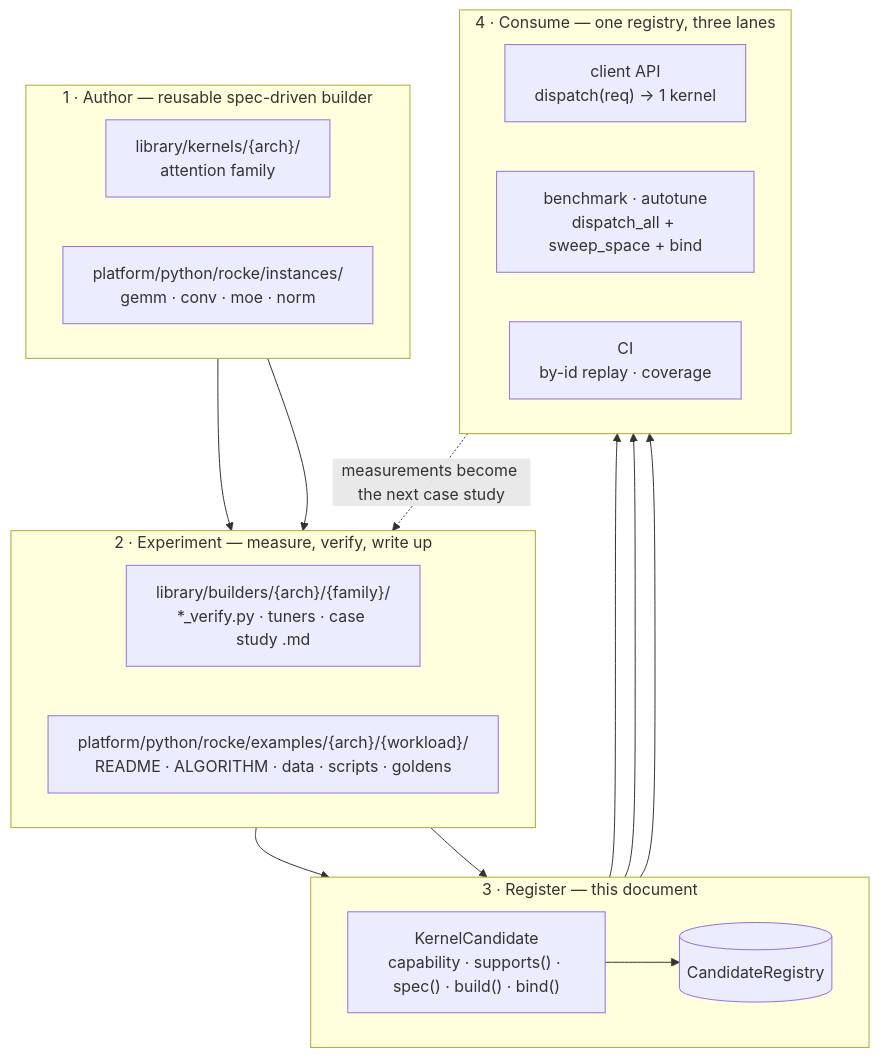
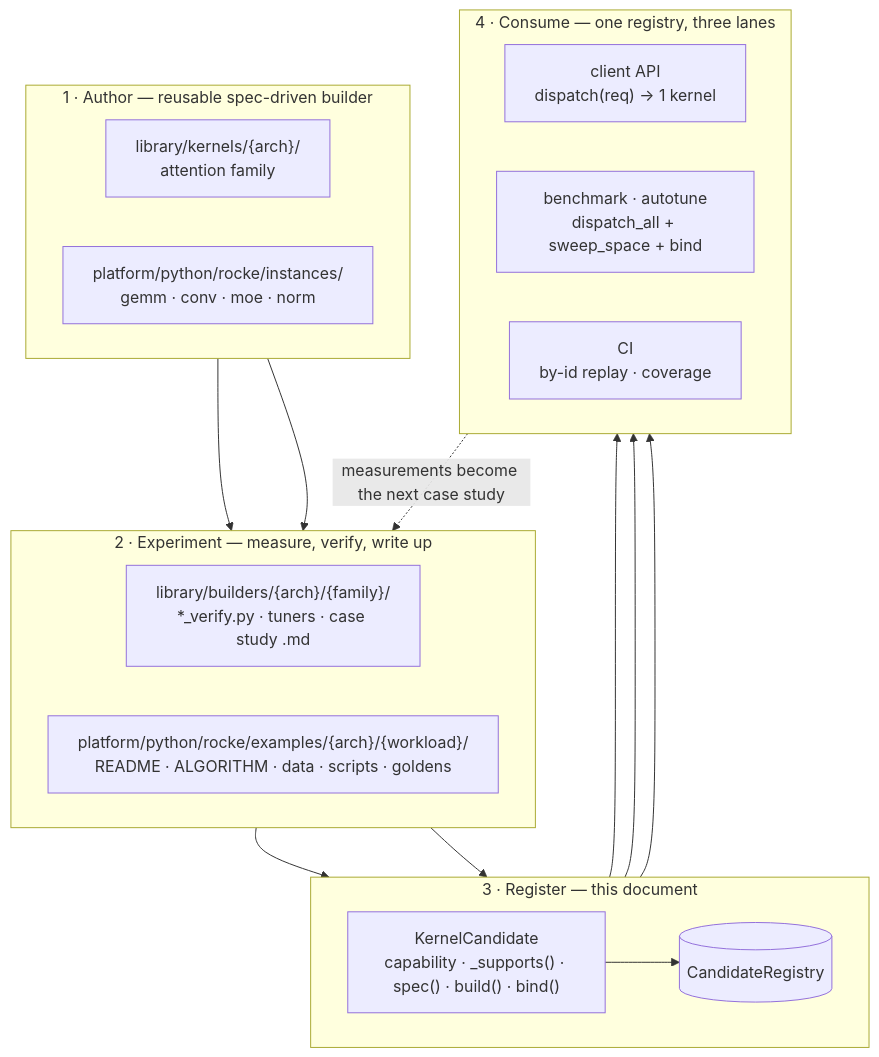
One commit to ROCm/rocm-libraries changed the diagram in dnn-providers/hip-kernel-provider/rocke/platform/python/rocke/dispatch/ARCHITECTURE.md. Above: the diagram before and after it, drawn with Mermaid. The commit also changed other lines of this file and 21 other files, not shown here.

````diff
--- a/dnn-providers/hip-kernel-provider/rocke/platform/python/rocke/dispatch/ARCHITECTURE.md
+++ b/dnn-providers/hip-kernel-provider/rocke/platform/python/rocke/dispatch/ARCHITECTURE.md
@@ -37,37 +125,37 @@
 ```mermaid
 flowchart TD
     subgraph S1["1 · Author — reusable spec-driven builder"]
         direction LR
         A1["library/kernels/{arch}/<br/>attention family"]
         A2["platform/python/rocke/instances/<br/>gemm · conv · moe · norm"]
     end
 
     subgraph S2["2 · Experiment — measure, verify, write up"]
         direction LR
         E1["library/builders/{arch}/{family}/<br/>*_verify.py · tuners · case study .md"]
         E2["platform/python/rocke/examples/{arch}/{workload}/<br/>README · ALGORITHM · data · scripts · goldens"]
     end
 
     subgraph S3["3 · Register — this document"]
         direction LR
-        R1["KernelCandidate<br/>capability · supports() · spec() · build() · bind()"]
+        R1["KernelCandidate<br/>capability · _supports() · spec() · build() · bind()"]
         R2[("CandidateRegistry")]
     end
 
     subgraph S4["4 · Consume — one registry, three lanes"]
         direction LR
         C1["client API<br/>dispatch(req) → 1 kernel"]
         C2["benchmark · autotune<br/>dispatch_all + sweep_space + bind"]
         C3["CI<br/>by-id replay · coverage"]
     end
 
     A1 --> E1
     A2 --> E2
     E1 --> R1
     E2 --> R1
     R1 --> R2
     R2 --> C1
     R2 --> C2
     R2 --> C3
     C2 -. "measurements become the next case study" .-> E2
 ```
````
